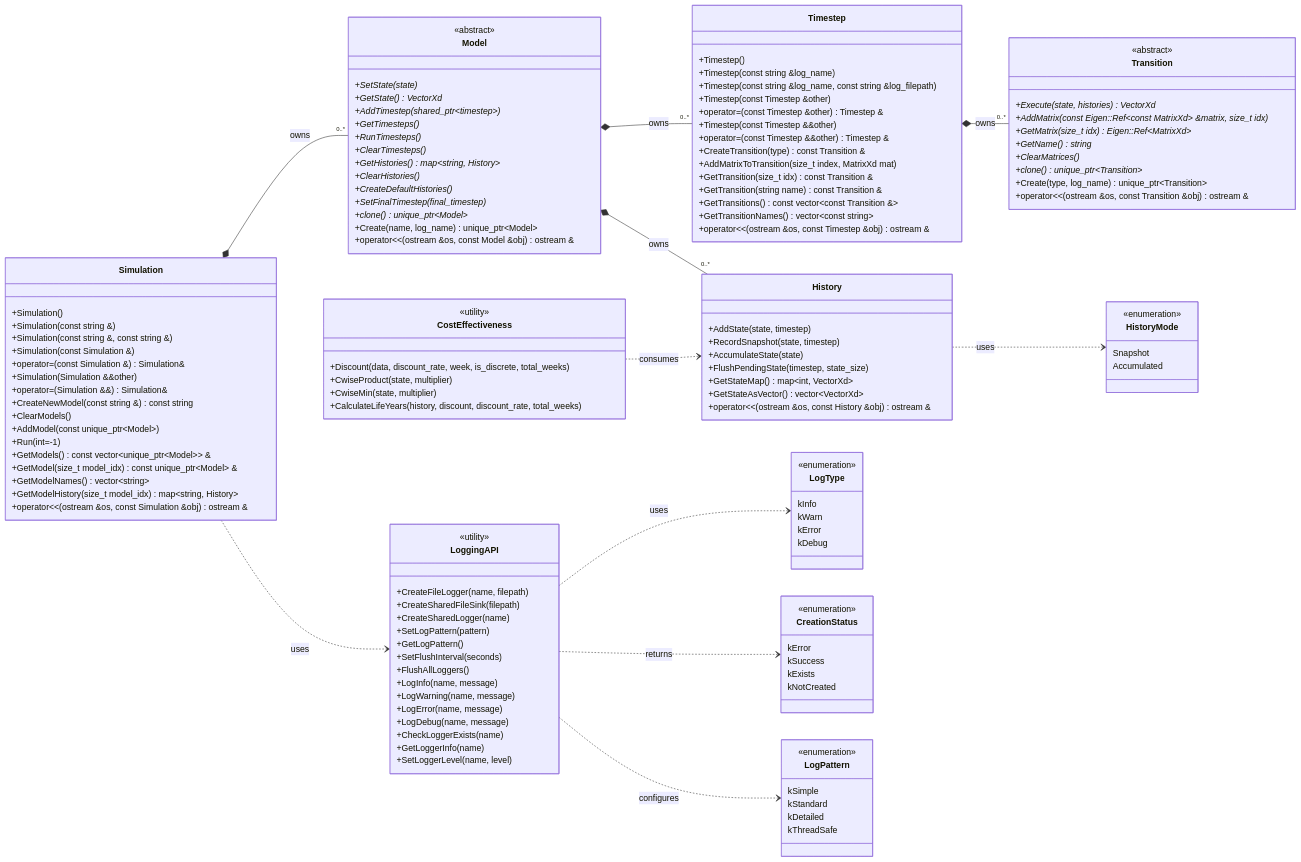
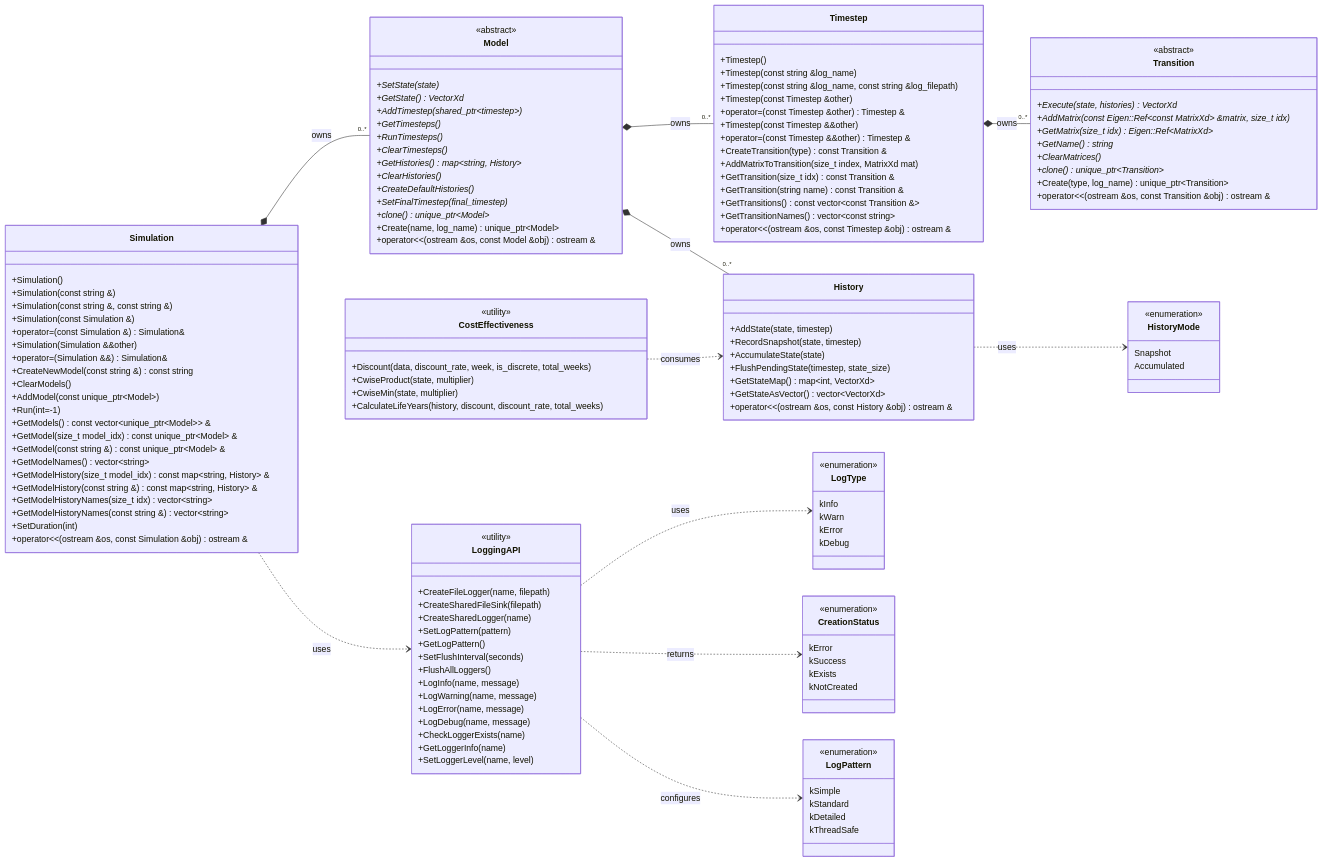
Before and after one commit to SyndemicsLab/respond: the first of 3 diagrams in docs/src/uml.md, drawn with Mermaid. The commit also changed 10 other files, not shown here.

```diff
--- a/docs/src/uml.md
+++ b/docs/src/uml.md
@@ -26,8 +26,13 @@
         +Run(int=-1)
         +GetModels() const vector~unique_ptr~Model~~ &
         +GetModel(size_t model_idx) const unique_ptr~Model~ &
+        +GetModel(const string &) const unique_ptr~Model~ &
         +GetModelNames() vector~string~
-        +GetModelHistory(size_t model_idx) map~string, History~
+        +GetModelHistory(size_t model_idx) const map~string, History~ &
+        +GetModelHistory(const string &) const map~string, History~ &
+        +GetModelHistoryNames(size_t idx) vector~string~
+        +GetModelHistoryNames(const string &) vector~string~
+        +SetDuration(int)
         +operator<<(ostream &os, const Simulation &obj) ostream &
     }
 
```
